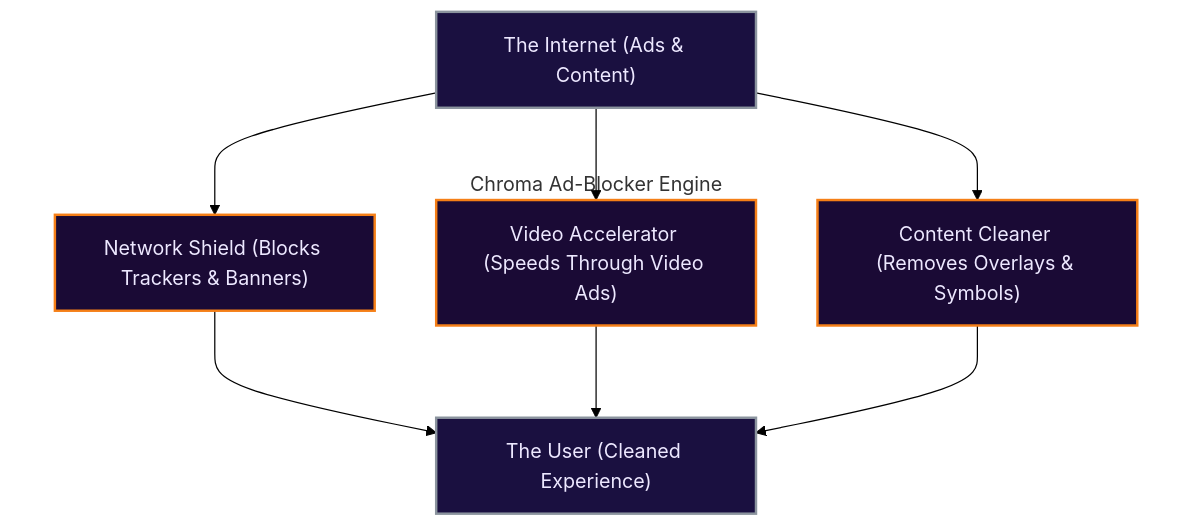
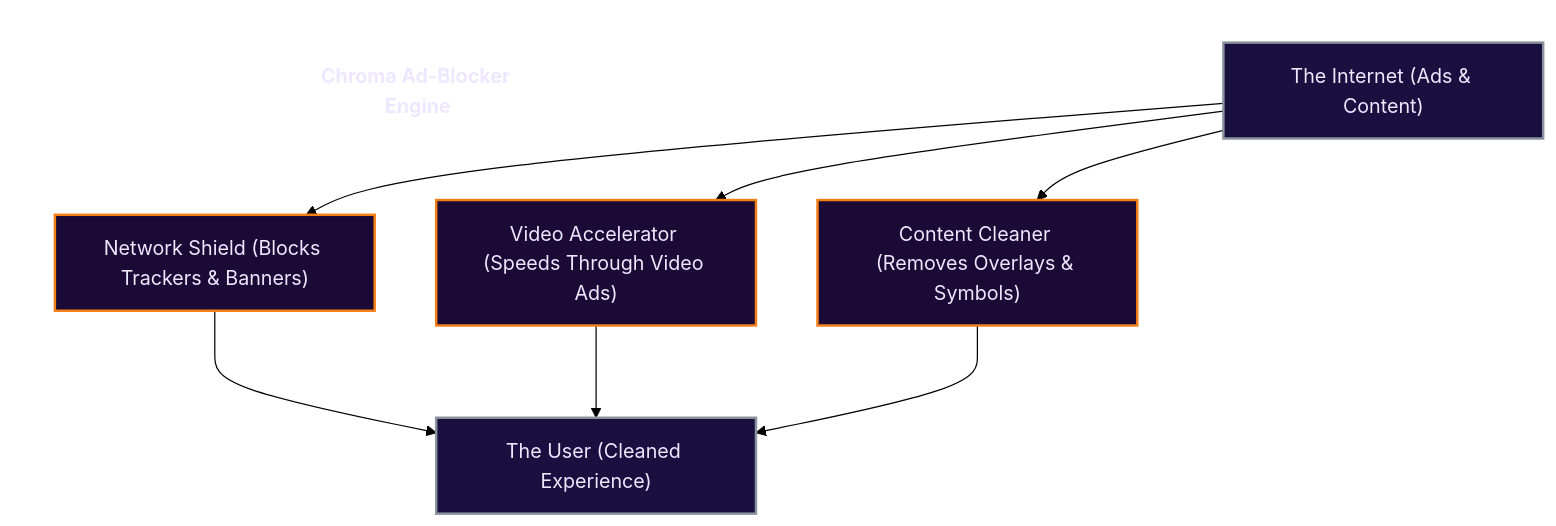
One commit to Dabrogost/Chroma-Ad-Blocker changed the diagram in index.md. Above: the diagram before and after it, drawn with Mermaid (forest theme).

Commit message:
docs: add title to Chroma Ad-Blocker engine mermaid diagram

```diff
--- a/index.md
+++ b/index.md
@@ -177,26 +177,32 @@
     <div class="mermaid">
 graph TD
     classDef actor fill:#1a1040,color:#ede8ff,stroke:#8b949e,stroke-width:2px
     classDef engine fill:#1a1040,color:#ede8ff,stroke:#01579b,stroke-width:2px
     classDef action fill:#1a0a35,color:#ede8ff,stroke:#f57f17,stroke-width:2px
+    classDef title fill:none,stroke:none,color:#ede8ff,font-size:16px,font-weight:bold
 
     INTERNET["The Internet (Ads & Content)"]:::actor
 
-    subgraph CHROMA["Chroma Ad-Blocker Engine<br/><br/>"]
+    subgraph CHROMA[" "]
+        TITLE["Chroma Ad-Blocker Engine"]:::title
         NETWORK["Network Shield (Blocks Trackers & Banners)"]:::action
         VIDEO["Video Accelerator (Speeds Through Video Ads)"]:::action
         CONTENT["Content Cleaner (Removes Overlays & Symbols)"]:::action
+        
+        TITLE ~~~ NETWORK
+        TITLE ~~~ VIDEO
+        TITLE ~~~ CONTENT
     end
 
     USER["The User (Cleaned Experience)"]:::actor
 
     INTERNET --> NETWORK
     INTERNET --> VIDEO
     INTERNET --> CONTENT
 
     NETWORK --> USER
     VIDEO --> USER
     CONTENT --> USER
 
     style CHROMA fill:none,stroke:none
     </div>
```
